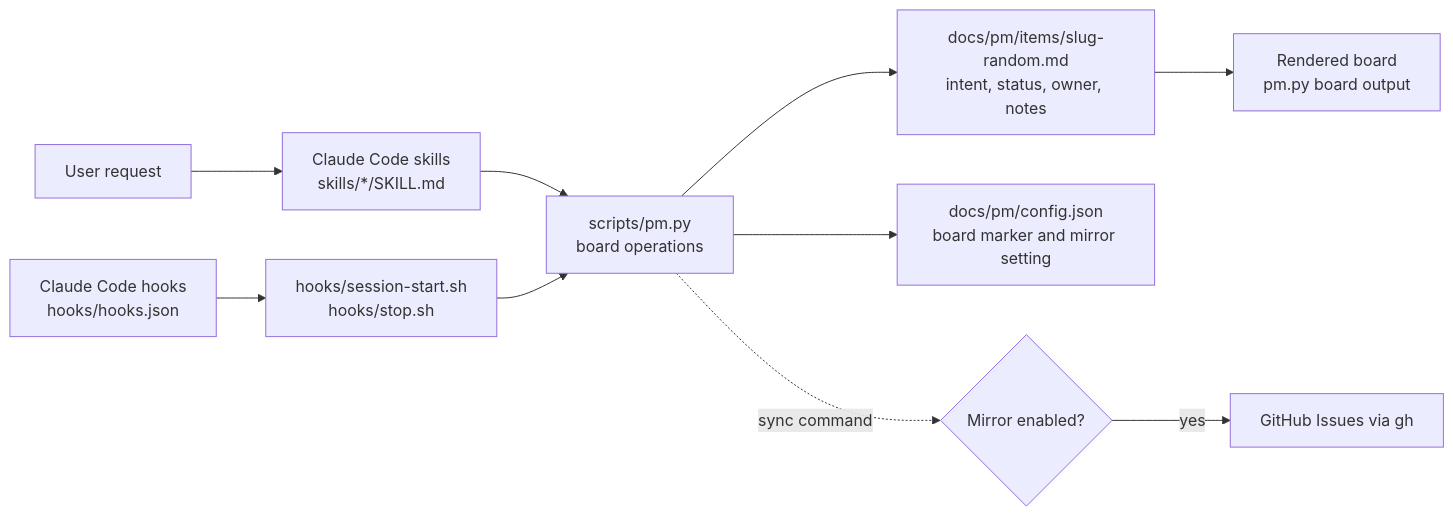
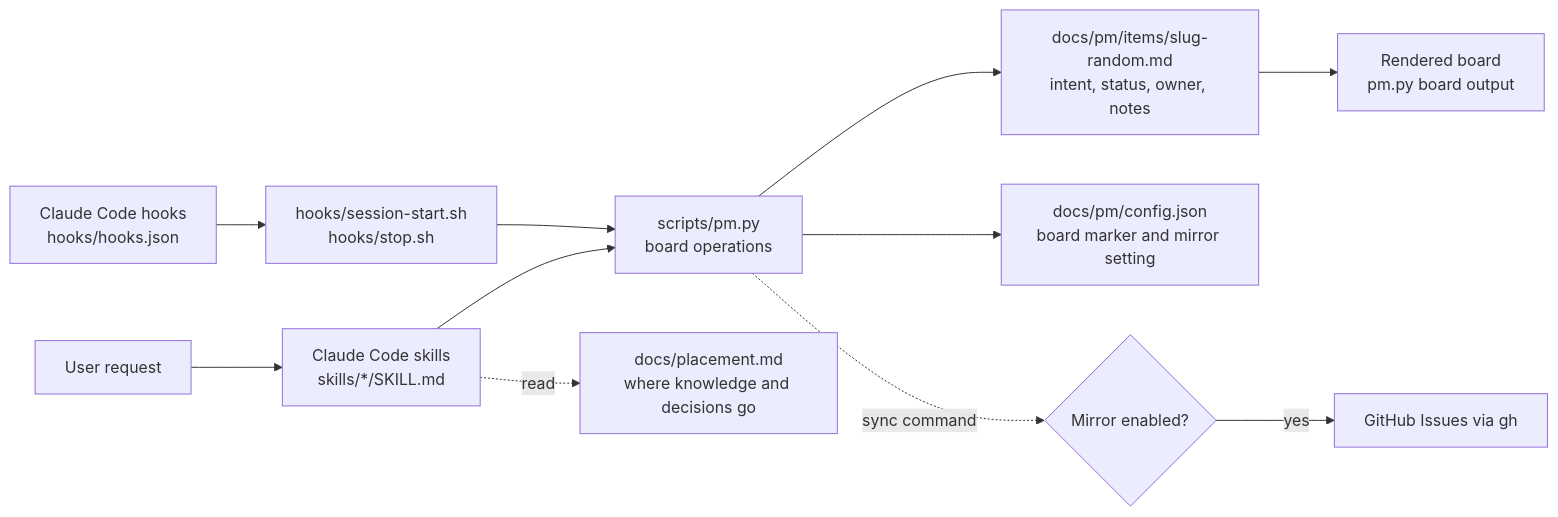
One commit to yehezkieled/pm-plugin changed the first of 2 diagrams in docs/architecture.md. Above: the diagram before and after it, drawn with Mermaid. The commit also changed other lines of this file and 11 other files, not shown here.

First line of the commit message:
feat(skills): add knowledge placement guide and record decisions with resume --answer (#5)

````diff
--- a/docs/architecture.md
+++ b/docs/architecture.md
@@ -7,12 +7,13 @@
 ```mermaid
 flowchart LR
   U[User request] --> S[Claude Code skills<br/>skills/*/SKILL.md]
   S --> C[scripts/pm.py<br/>board operations]
   C --> I[docs/pm/items/slug-random.md<br/>intent, status, owner, notes]
   C --> K[docs/pm/config.json<br/>board marker and mirror setting]
+  S -. read .-> PG[docs/placement.md<br/>where knowledge and decisions go]
   I --> B[Rendered board<br/>pm.py board output]
   H[Claude Code hooks<br/>hooks/hooks.json] --> SH[hooks/session-start.sh<br/>hooks/stop.sh]
   SH --> C
   G{Mirror enabled?} -->|yes| GH[GitHub Issues via gh]
   C -. sync command .-> G
 ```
````
